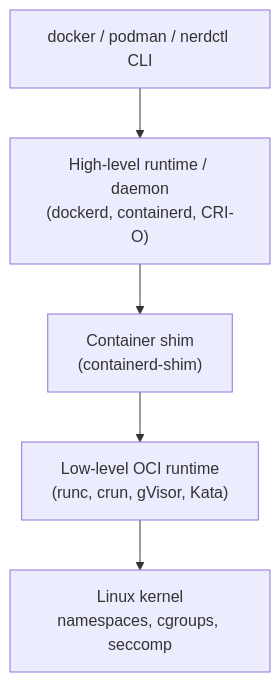
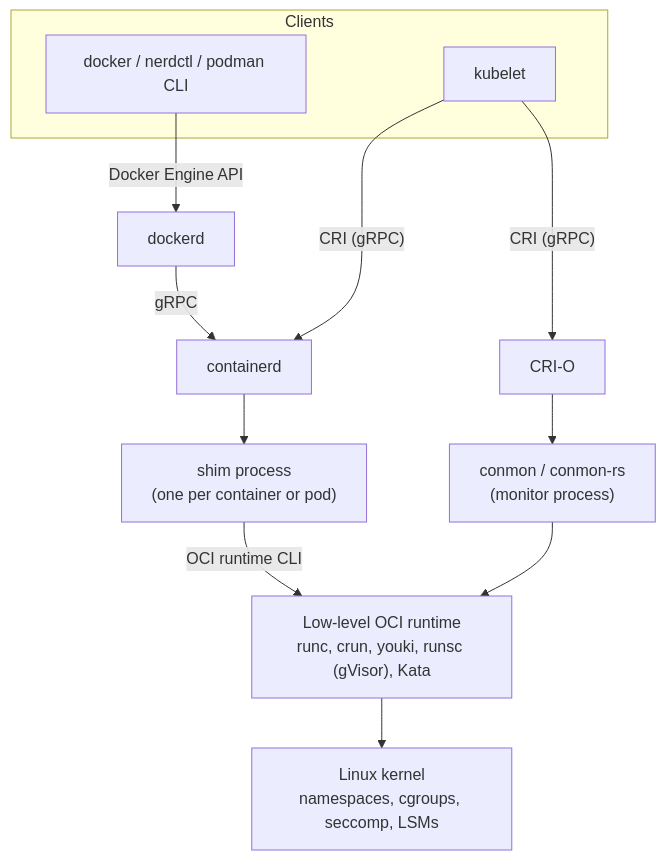
The first of 7 diagrams in github-pages/docs/technology/container-runtimes.md (AndrewAltimit/Documentation), drawn with Mermaid before and after one commit. The commit also changed other lines of this file and 240 other files, not shown here.

````diff
--- a/github-pages/docs/technology/container-runtimes.md
+++ b/github-pages/docs/technology/container-runtimes.md
@@ -27,12 +23,16 @@
 ```mermaid
 flowchart TD
-    CLI["docker / podman / nerdctl CLI"]
-    DAEMON["High-level runtime / daemon<br/>(dockerd, containerd, CRI-O)"]
-    SHIM["Container shim<br/>(containerd-shim)"]
-    LOW["Low-level OCI runtime<br/>(runc, crun, gVisor, Kata)"]
-    KERNEL["Linux kernel<br/>namespaces, cgroups, seccomp"]
-    CLI --> DAEMON
-    DAEMON --> SHIM
-    SHIM --> LOW
-    LOW --> KERNEL
+    subgraph Clients
+        CLI["docker / nerdctl / podman CLI"]
+        KUBELET["kubelet"]
+    end
+    CLI -->|"Docker Engine API"| DOCKERD["dockerd"]
+    DOCKERD -->|"gRPC"| CTRD["containerd"]
+    KUBELET -->|"CRI (gRPC)"| CTRD
+    KUBELET -->|"CRI (gRPC)"| CRIO["CRI-O"]
+    CTRD --> SHIM["shim process<br/>(one per container or pod)"]
+    CRIO --> CONMON["conmon / conmon-rs<br/>(monitor process)"]
+    SHIM -->|"OCI runtime CLI"| LOW["Low-level OCI runtime<br/>runc, crun, youki, runsc (gVisor), Kata"]
+    CONMON --> LOW
+    LOW --> KERNEL["Linux kernel<br/>namespaces, cgroups, seccomp, LSMs"]
 ```
````
